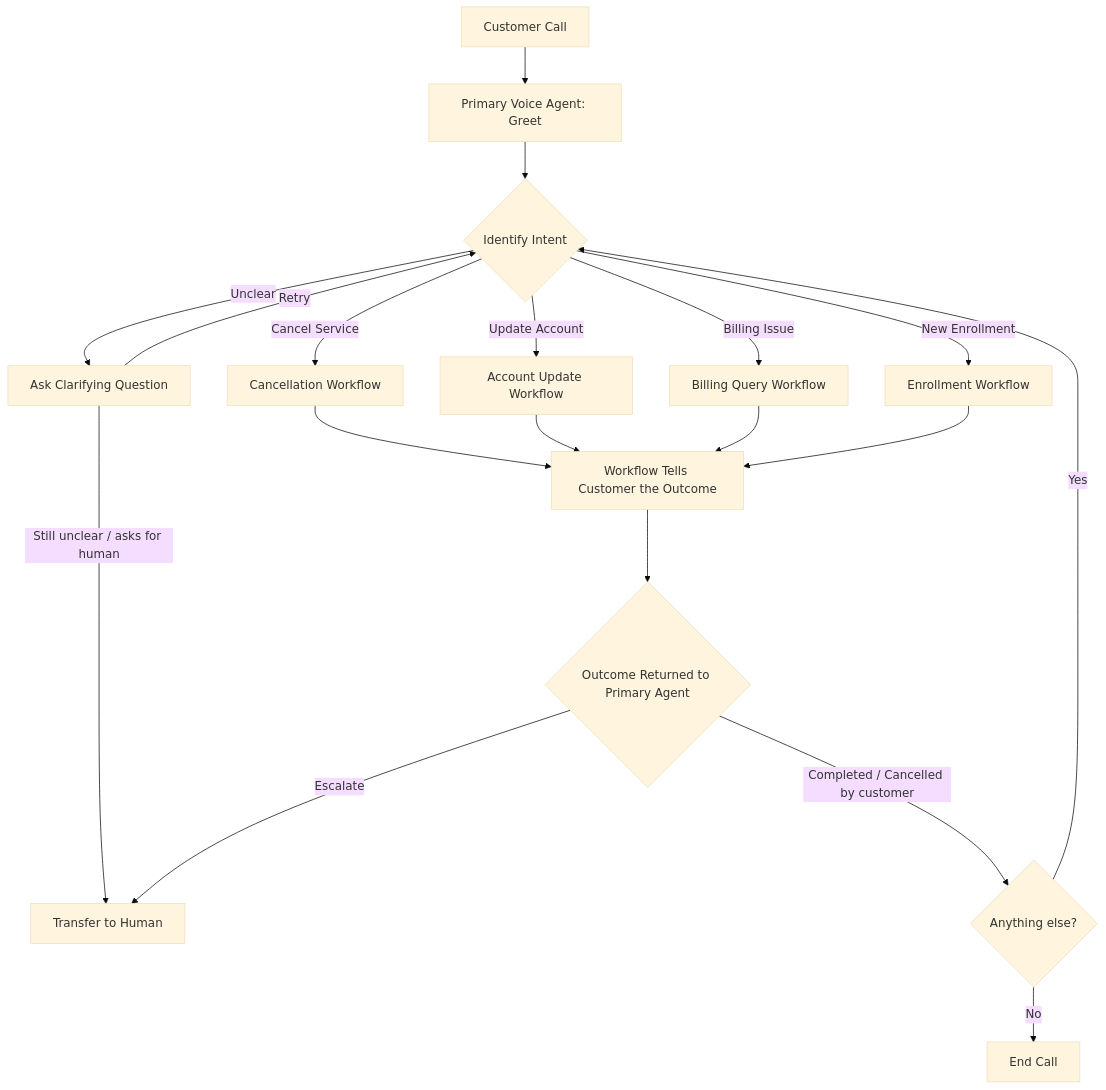
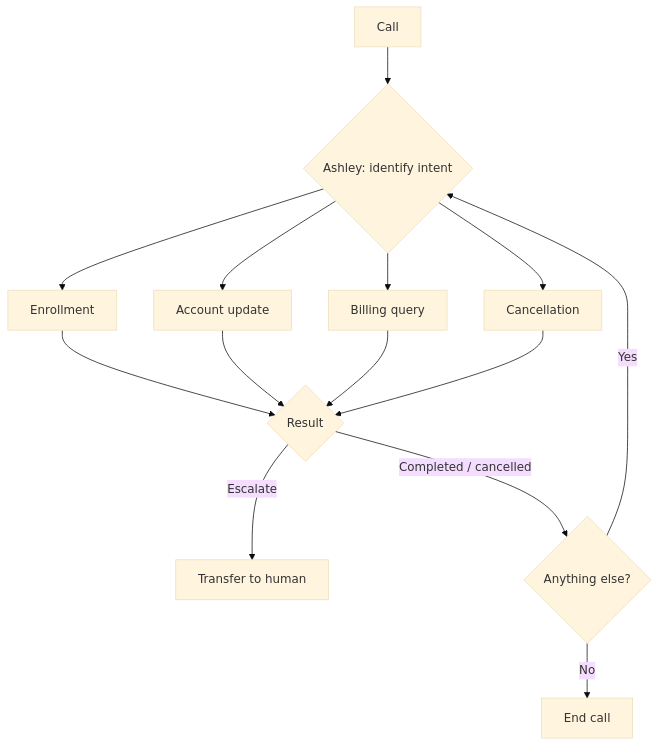
Before and after one commit to Varsha-1605/NexaConnect-Voice-Agent: the second of 2 diagrams in README.md, drawn with Mermaid (base theme). The commit also changed other lines of this file and 2 other files, not shown here.

Commit message:
docs: rewrite README and simplify the deploy workflow

````diff
--- a/README.md
+++ b/README.md
@@ -55,23 +100,13 @@
 ```mermaid
 flowchart TD
-    A[Customer Call] --> B[Primary Voice Agent: Greet]
-    B --> C{Identify Intent}
-    C -->|Cancel Service| D[Cancellation Workflow]
-    C -->|Update Account| E[Account Update Workflow]
-    C -->|Billing Issue| F[Billing Query Workflow]
-    C -->|New Enrollment| G[Enrollment Workflow]
-    C -->|Unclear| U[Ask Clarifying Question]
-    U -->|Retry| C
-    U -->|Still unclear / asks for human| T[Transfer to Human]
-
-    D --> H[Workflow Tells Customer the Outcome]
-    E --> H
-    F --> H
-    G --> H
-
-    H --> R{Outcome Returned to Primary Agent}
-    R -->|Completed / Cancelled by customer| J{Anything else?}
-    R -->|Escalate| T
-    J -->|Yes| C
-    J -->|No| K[End Call]
+    A[Call] --> B{Ashley: identify intent}
+    B --> D[Enrollment]
+    B --> E[Account update]
+    B --> F[Billing query]
+    B --> G[Cancellation]
+    D & E & F & G --> R{Result}
+    R -->|Escalate| T[Transfer to human]
+    R -->|Completed / cancelled| J{Anything else?}
+    J -->|Yes| B
+    J -->|No| K[End call]
 ```
````
